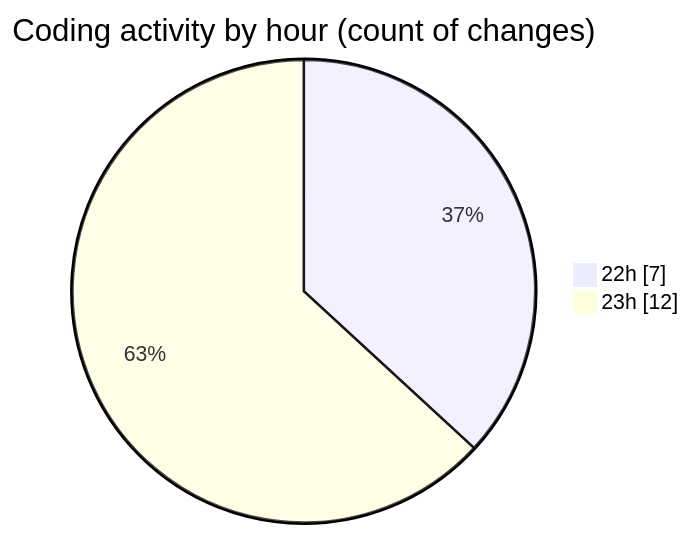
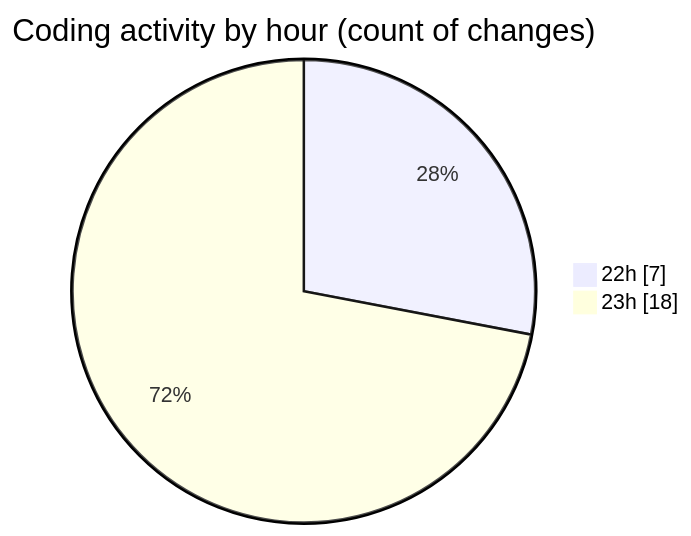
Before and after one commit to hasnaa123/code-tracking: the second of 2 diagrams in 2025-12-24/technologie_web/README.md, drawn with Mermaid. The commit also changed other lines of this file and 1 other file, not shown here.

````diff
--- a/2025-12-24/technologie_web/README.md
+++ b/2025-12-24/technologie_web/README.md
@@ -28,6 +28,6 @@
 ```mermaid
 pie showData
 title Coding activity by hour (count of changes)
 "22h" : 7
-"23h" : 12
+"23h" : 18
 ```
````
